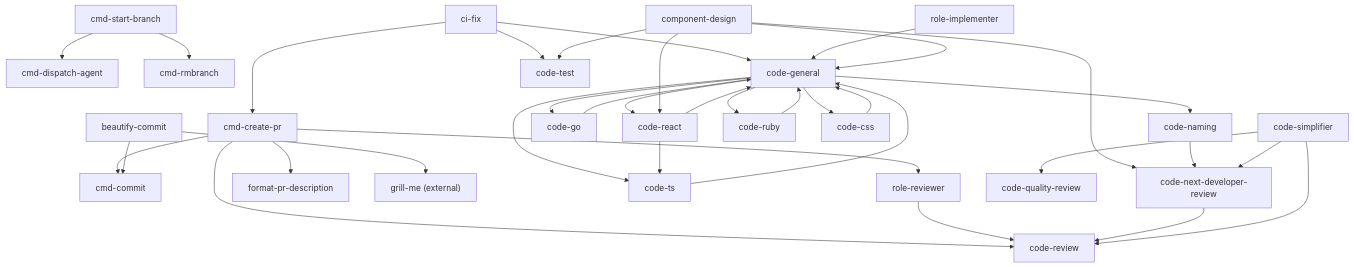
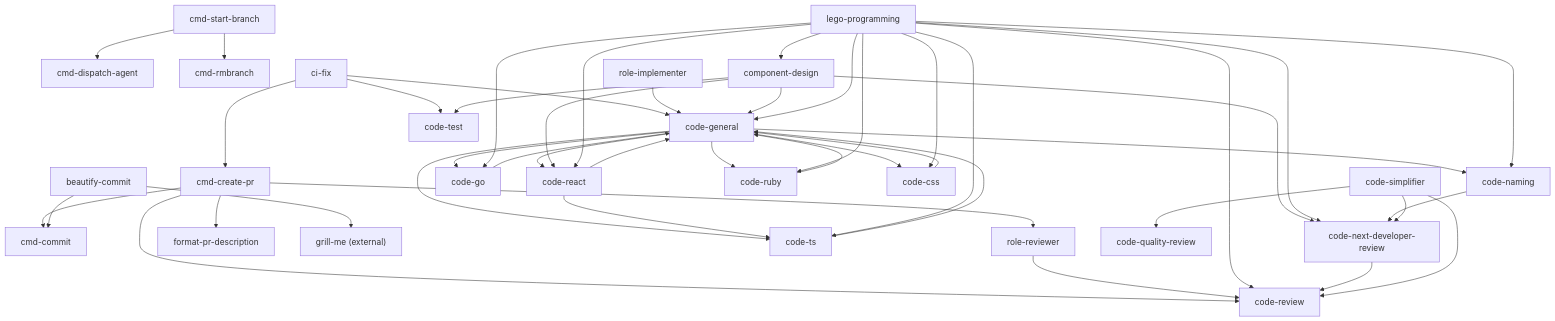
One commit to version-1/agents-docs changed the diagram in docs/skill-dependency-map.md. Above: the diagram before and after it, drawn with Mermaid. The commit also changed other lines of this file and 3 other files, not shown here.

First line of the commit message:
refine lego programming skill

````diff
--- a/docs/skill-dependency-map.md
+++ b/docs/skill-dependency-map.md
@@ -133,46 +154,57 @@
 ```mermaid
 graph TD
     cmd_create_pr["cmd-create-pr"] --> cmd_commit["cmd-commit"]
     cmd_create_pr --> role_reviewer["role-reviewer"]
     cmd_create_pr --> code_review["code-review"]
     cmd_create_pr --> format_pr_description["format-pr-description"]
 
     cmd_start_branch["cmd-start-branch"] --> cmd_dispatch_agent["cmd-dispatch-agent"]
     cmd_start_branch --> cmd_rmbranch["cmd-rmbranch"]
 
     beautify_commit["beautify-commit"] --> cmd_commit
     beautify_commit --> grill_me["grill-me (external)"]
 
     ci_fix["ci-fix"] --> code_general
     ci_fix --> code_test["code-test"]
     ci_fix --> cmd_create_pr
 
     role_reviewer --> code_review
     role_implementer["role-implementer"] --> code_general["code-general"]
 
     code_general --> code_naming["code-naming"]
     code_general --> code_go["code-go"]
     code_general --> code_ts["code-ts"]
     code_general --> code_react["code-react"]
     code_general --> code_ruby["code-ruby"]
     code_general --> code_css["code-css"]
     code_go --> code_general
     code_ts --> code_general
     code_react --> code_general
     code_react --> code_ts
     code_ruby --> code_general
     code_css --> code_general
 
     component_design["component-design"] --> code_general
     component_design --> code_react
     component_design --> code_test
     component_design --> code_next_dev["code-next-developer-review"]
 
+    lego_programming["lego-programming"] --> code_general
+    lego_programming --> code_go
+    lego_programming --> code_ts
+    lego_programming --> code_react
+    lego_programming --> code_ruby
+    lego_programming --> code_css
+    lego_programming --> component_design
+    lego_programming --> code_naming
+    lego_programming --> code_review
+    lego_programming --> code_next_dev
+
     code_naming --> code_next_dev
 
     code_next_dev --> code_review
 
     code_simplifier["code-simplifier"] --> code_quality["code-quality-review"]
     code_simplifier --> code_review
     code_simplifier --> code_next_dev
 ```
````
